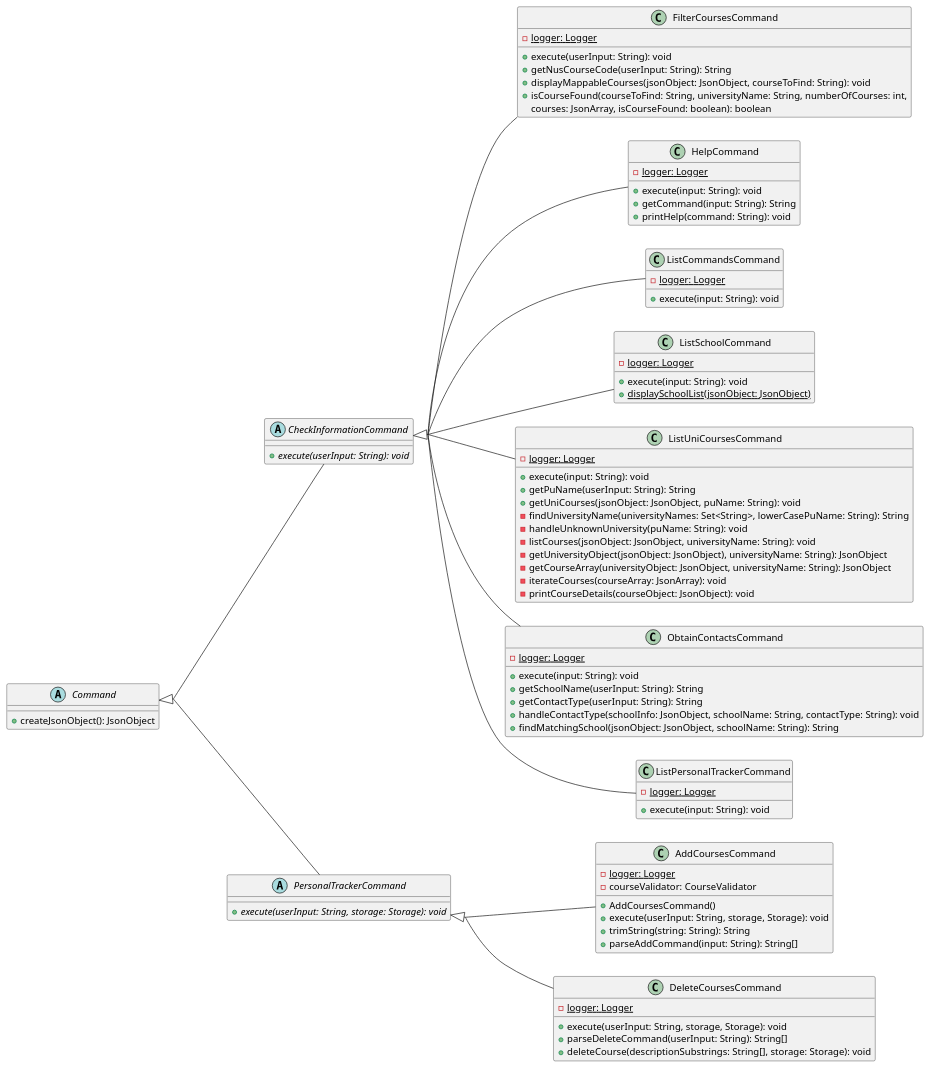
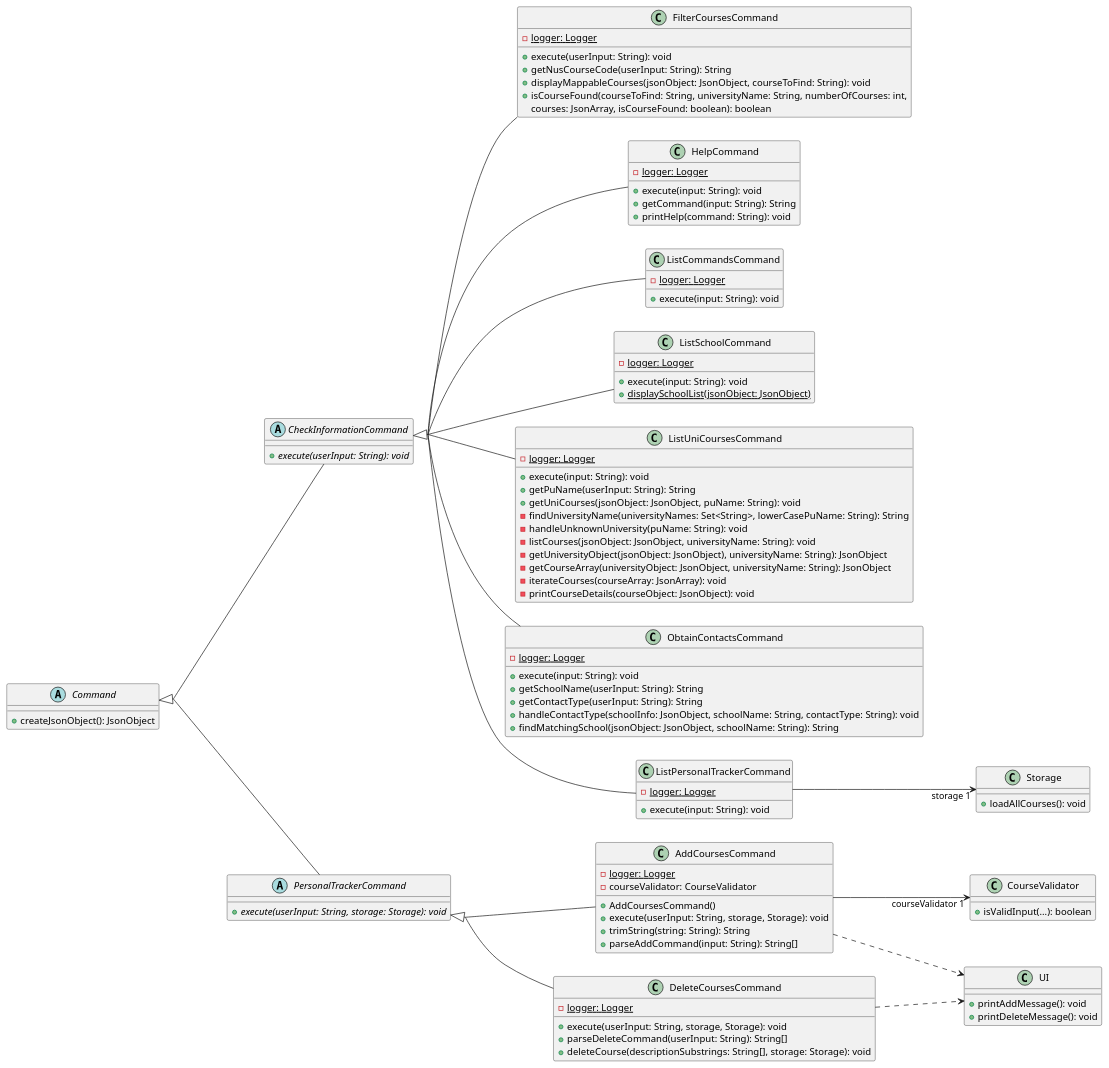
The diagram in docs/diagrams/CommandClass.puml (nus-cs2113-AY2425S1/tp), drawn with PlantUML before and after one commit.

Commit message:
Add dependencies to command class diagram

```diff
--- a/docs/diagrams/CommandClass.puml
+++ b/docs/diagrams/CommandClass.puml
@@ -1,88 +1,99 @@
 @startuml
 skinparam groupInheritance 2
 left to right direction
 
 abstract class Command {
     +createJsonObject(): JsonObject
 }
 
 abstract class CheckInformationCommand extends Command {
     +execute(userInput: String): void {abstract}
 }
 
 class FilterCoursesCommand extends CheckInformationCommand {
     -logger: Logger {static}
     +execute(userInput: String): void
     +getNusCourseCode(userInput: String): String
     +displayMappableCourses(jsonObject: JsonObject, courseToFind: String): void
     +isCourseFound(courseToFind: String, universityName: String, numberOfCourses: int,
          courses: JsonArray, isCourseFound: boolean): boolean
 }
 
 class HelpCommand extends CheckInformationCommand {
     -logger: Logger {static}
     +execute(input: String): void
     +getCommand(input: String): String
     +printHelp(command: String): void
 }
 
 class ListCommandsCommand extends CheckInformationCommand {
     -logger: Logger {static}
     +execute(input: String): void
 }
 
 class ListSchoolCommand extends CheckInformationCommand {
     -logger: Logger {static}
     +execute(input: String): void
     +displaySchoolList(jsonObject: JsonObject) {static}
 }
 
 class ListUniCoursesCommand extends CheckInformationCommand {
     -logger: Logger {static}
     +execute(input: String): void
     +getPuName(userInput: String): String
     +getUniCourses(jsonObject: JsonObject, puName: String): void
     -findUniversityName(universityNames: Set<String>, lowerCasePuName: String): String
     -handleUnknownUniversity(puName: String): void
     -listCourses(jsonObject: JsonObject, universityName: String): void
     -getUniversityObject(jsonObject: JsonObject), universityName: String): JsonObject
     -getCourseArray(universityObject: JsonObject, universityName: String): JsonObject
     -iterateCourses(courseArray: JsonArray): void
     -printCourseDetails(courseObject: JsonObject): void
 }
 
 class ObtainContactsCommand extends CheckInformationCommand {
     -logger: Logger {static}
     +execute(input: String): void
     +getSchoolName(userInput: String): String
     +getContactType(userInput: String): String
     +handleContactType(schoolInfo: JsonObject, schoolName: String, contactType: String): void
     +findMatchingSchool(jsonObject: JsonObject, schoolName: String): String
 }
 
 abstract class PersonalTrackerCommand extends Command {
     +execute(userInput: String, storage: Storage): void {abstract}
 }
 
 class AddCoursesCommand extends PersonalTrackerCommand {
     -logger: Logger {static}
     -courseValidator: CourseValidator
     +AddCoursesCommand()
     +execute(userInput: String, storage, Storage): void
     +trimString(string: String): String
     +parseAddCommand(input: String): String[]
 }
 
 class DeleteCoursesCommand extends PersonalTrackerCommand {
     -logger: Logger {static}
     +execute(userInput: String, storage, Storage): void
     +parseDeleteCommand(userInput: String): String[]
     +deleteCourse(descriptionSubstrings: String[], storage: Storage): void
 }
 
 class ListPersonalTrackerCommand extends CheckInformationCommand {
     -logger: Logger {static}
     +execute(input: String): void
 }
 
+ListPersonalTrackerCommand --> "storage 1" Storage
+Storage : +loadAllCourses(): void
+
+AddCoursesCommand --> "courseValidator 1" CourseValidator
+CourseValidator : +isValidInput(...): boolean
+AddCoursesCommand ..> UI
+UI : +printAddMessage(): void
+
+DeleteCoursesCommand ..> UI
+UI : +printDeleteMessage(): void
+
 @enduml
```
